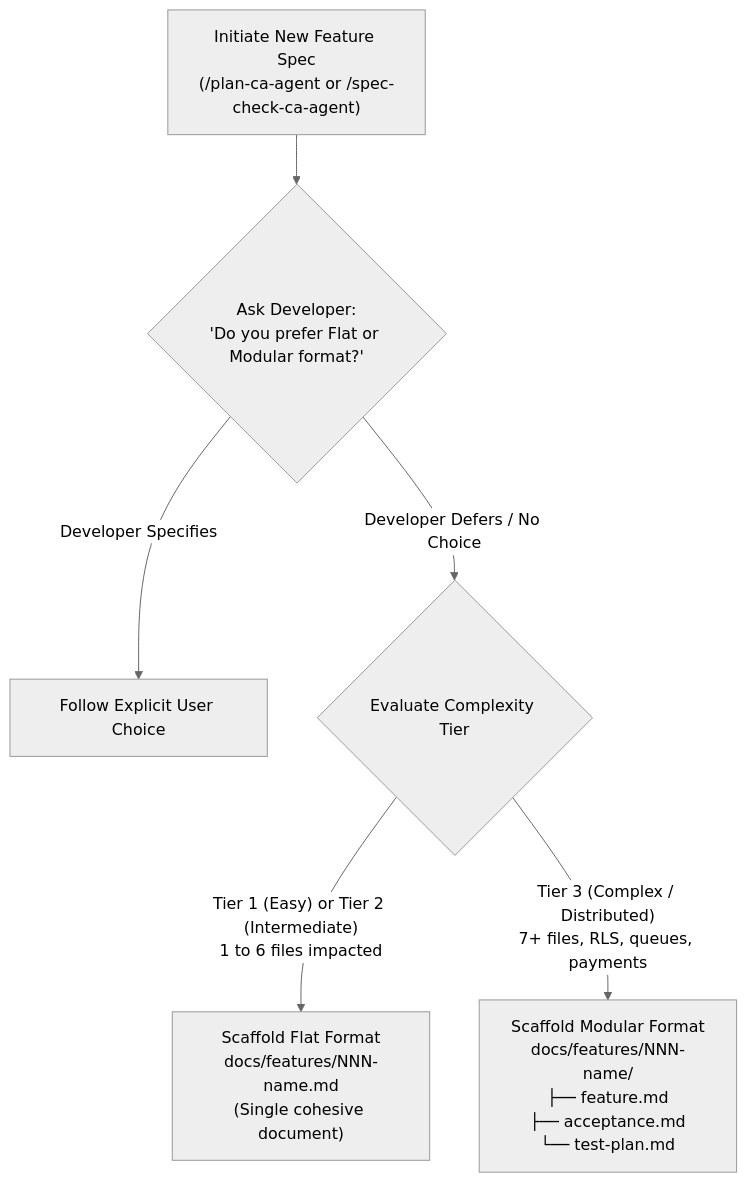
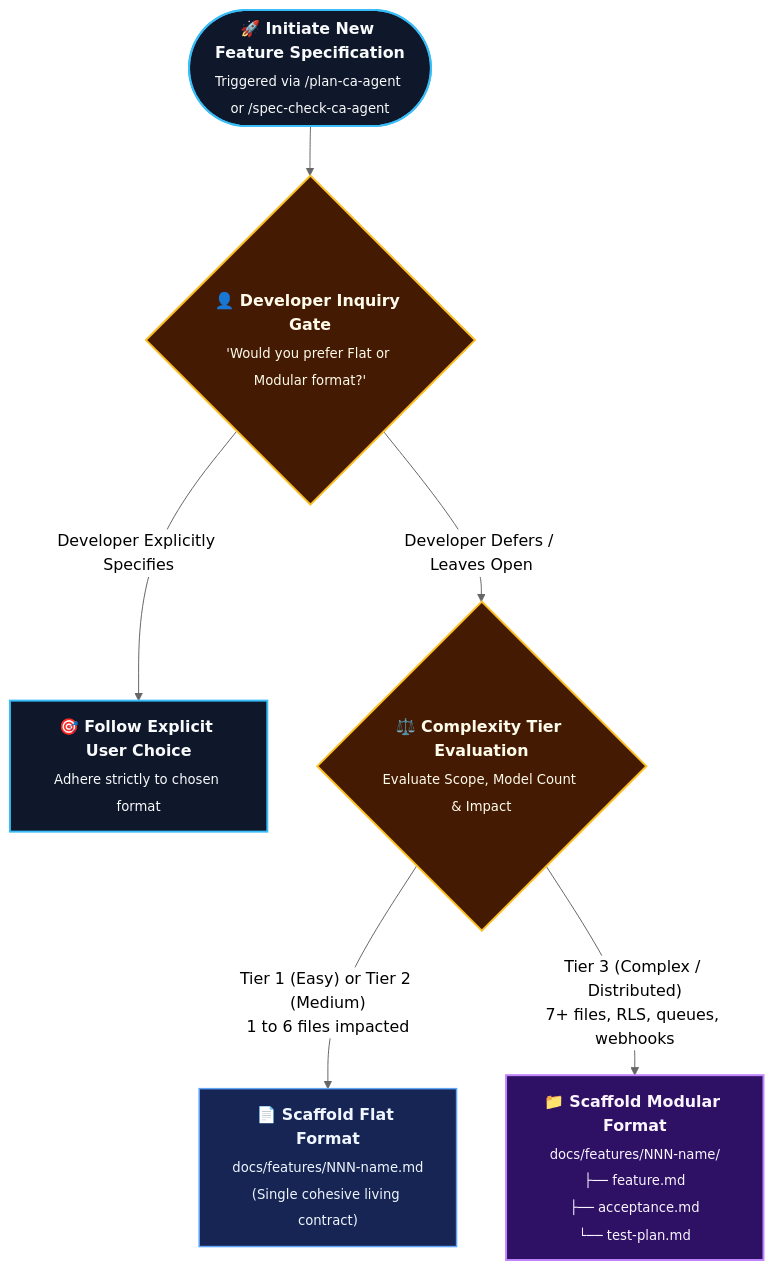
The first of 3 diagrams in SDD-TDD-Chandan-Adhikary/Spec-Driven-Development/docs/features/README.md (rmsofficialsyt/Agentic-AI-Vibe-Coding-AND-SDD-TDD-Codebase-Chandan-Adhikary), drawn with Mermaid (neutral theme) before and after one commit. The commit also changed other lines of this file and 23 other files, not shown here.

Commit message:
docs: redesign diagrams to Eraser.io visual style and regenerate MANIFEST.json

````diff
--- a/SDD-TDD-Chandan-Adhikary/Spec-Driven-Development/docs/features/README.md
+++ b/SDD-TDD-Chandan-Adhikary/Spec-Driven-Development/docs/features/README.md
@@ -28,10 +28,15 @@
 ```mermaid
 flowchart TD
-    Start["Initiate New Feature Spec<br/>(/plan-ca-agent or /spec-check-ca-agent)"] --> DevAsk{"Ask Developer:<br/>'Do you prefer Flat or Modular format?'"}
+    classDef start fill:#0f172a,stroke:#38bdf8,stroke-width:2px,color:#f8fafc;
+    classDef gate fill:#451a03,stroke:#fbbf24,stroke-width:2px,color:#fffbeb;
+    classDef flat fill:#172554,stroke:#60a5fa,stroke-width:1.5px,color:#eff6ff;
+    classDef modular fill:#2e1065,stroke:#c084fc,stroke-width:2px,color:#faf5ff;
+
+    Start(["<b>🚀 Initiate New Feature Specification</b><br/><sub>Triggered via /plan-ca-agent or /spec-check-ca-agent</sub>"]):::start --> DevAsk{"<b>👤 Developer Inquiry Gate</b><br/><sub>'Would you prefer Flat or Modular format?'</sub>"}:::gate
     
-    DevAsk -->|"Developer Specifies"| UserChoice["Follow Explicit User Choice"]
-    DevAsk -->|"Developer Defers / No Choice"| AutoTier{"Evaluate Complexity Tier"}
+    DevAsk -->|"Developer Explicitly Specifies"| UserChoice["<b>🎯 Follow Explicit User Choice</b><br/><sub>Adhere strictly to chosen format</sub>"]:::start
+    DevAsk -->|"Developer Defers / Leaves Open"| AutoTier{"<b>⚖️ Complexity Tier Evaluation</b><br/><sub>Evaluate Scope, Model Count & Impact</sub>"}:::gate
     
-    AutoTier -->|"Tier 1 (Easy) or Tier 2 (Intermediate)<br/>1 to 6 files impacted"| FlatFormat["Scaffold Flat Format<br/>docs/features/NNN-name.md<br/>(Single cohesive document)"]
-    AutoTier -->|"Tier 3 (Complex / Distributed)<br/>7+ files, RLS, queues, payments"| ModularFormat["Scaffold Modular Format<br/>docs/features/NNN-name/<br/>├── feature.md<br/>├── acceptance.md<br/>└── test-plan.md"]
+    AutoTier -->|"Tier 1 (Easy) or Tier 2 (Medium)<br/>1 to 6 files impacted"| FlatFormat["<b>📄 Scaffold Flat Format</b><br/><sub>docs/features/NNN-name.md<br/>(Single cohesive living contract)</sub>"]:::flat
+    AutoTier -->|"Tier 3 (Complex / Distributed)<br/>7+ files, RLS, queues, webhooks"| ModularFormat["<b>📁 Scaffold Modular Format</b><br/><sub>docs/features/NNN-name/<br/>├── feature.md<br/>├── acceptance.md<br/>└── test-plan.md</sub>"]:::modular
 ```
````
